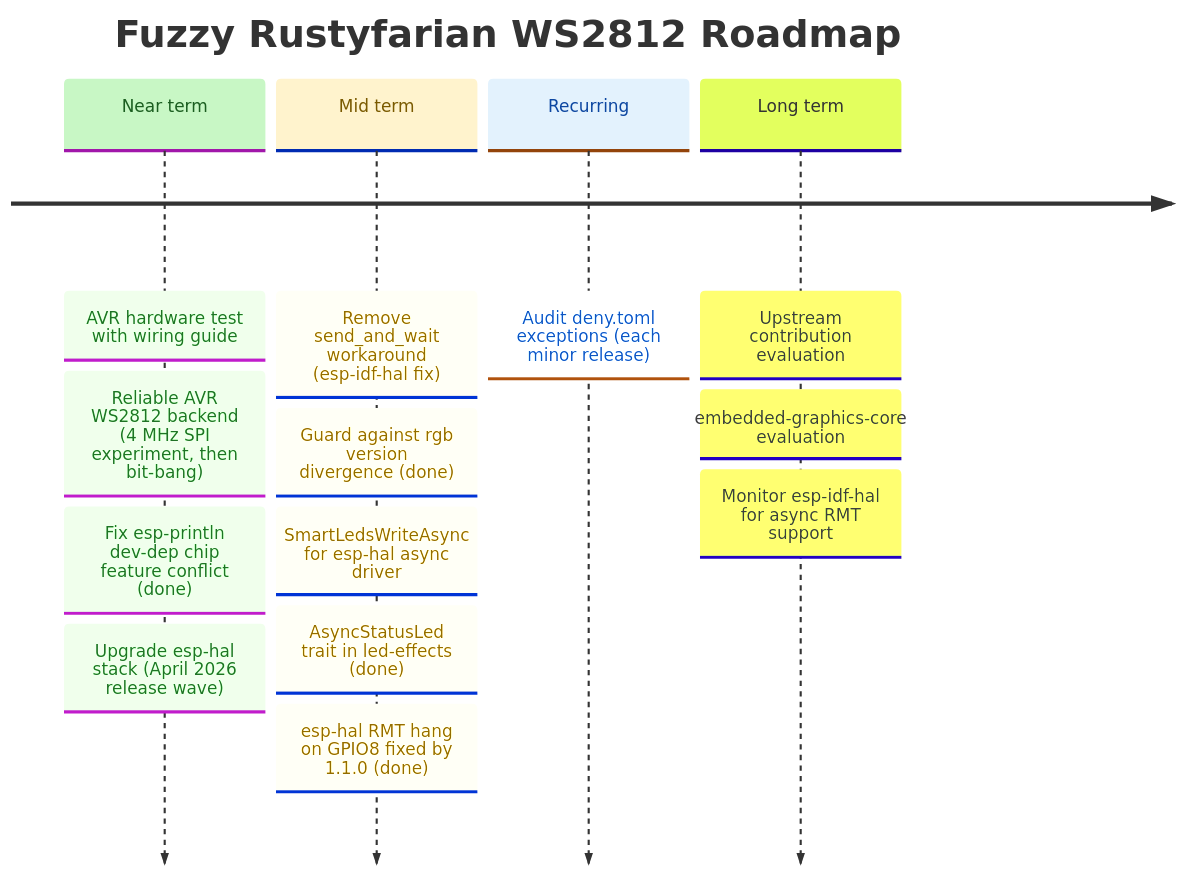
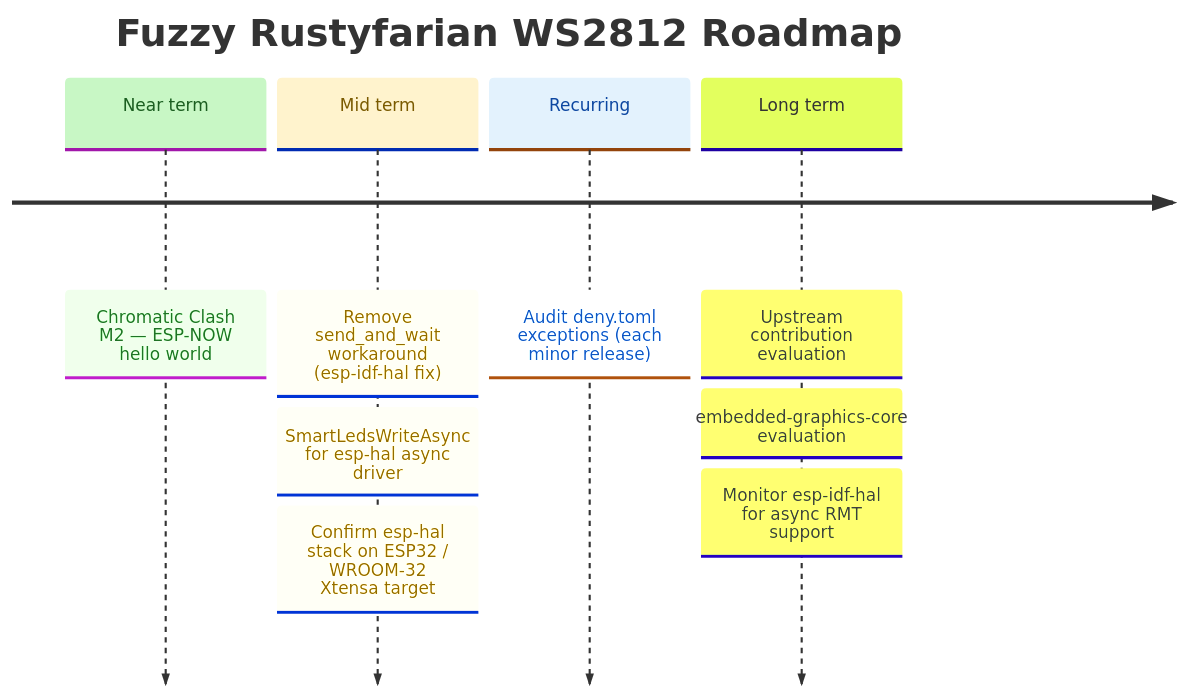
The diagram in docs/ROADMAP.md (datenkollektiv/rustyfarian-ws2812), drawn with Mermaid before and after one commit. The commit also changed other lines of this file and 2 other files, not shown here.

Commit message:
Roadmap Hygiene 2026-05-05

````diff
--- a/docs/ROADMAP.md
+++ b/docs/ROADMAP.md
@@ -13,33 +13,28 @@
 ```mermaid
 %%{init: {
   "theme": "base",
   "themeVariables": {
     "cScale0": "#c8f7c5",
     "cScaleLabel0": "#1b5e20",
     "cScale1": "#fff3cd",
     "cScaleLabel1": "#7a5a00",
     "cScale2": "#e3f2fd",
     "cScaleLabel2": "#0d47a1"
   }
 }}%%
 
 timeline
     title Fuzzy Rustyfarian WS2812 Roadmap
 
-    Near term : AVR hardware test with wiring guide
-              : Reliable AVR WS2812 backend (4 MHz SPI experiment, then bit-bang)
-              : Fix esp-println dev-dep chip feature conflict (done)
-              : Upgrade esp-hal stack (April 2026 release wave)
+    Near term : Chromatic Clash M2 — ESP-NOW hello world
 
     Mid term  : Remove send_and_wait workaround (esp-idf-hal fix)
-              : Guard against rgb version divergence (done)
               : SmartLedsWriteAsync for esp-hal async driver
-              : AsyncStatusLed trait in led-effects (done)
-              : esp-hal RMT hang on GPIO8 fixed by 1.1.0 (done)
+              : Confirm esp-hal stack on ESP32 / WROOM-32 Xtensa target
 
     Recurring : Audit deny.toml exceptions (each minor release)
 
     Long term : Upstream contribution evaluation
               : embedded-graphics-core evaluation
               : Monitor esp-idf-hal for async RMT support
 ```
````
